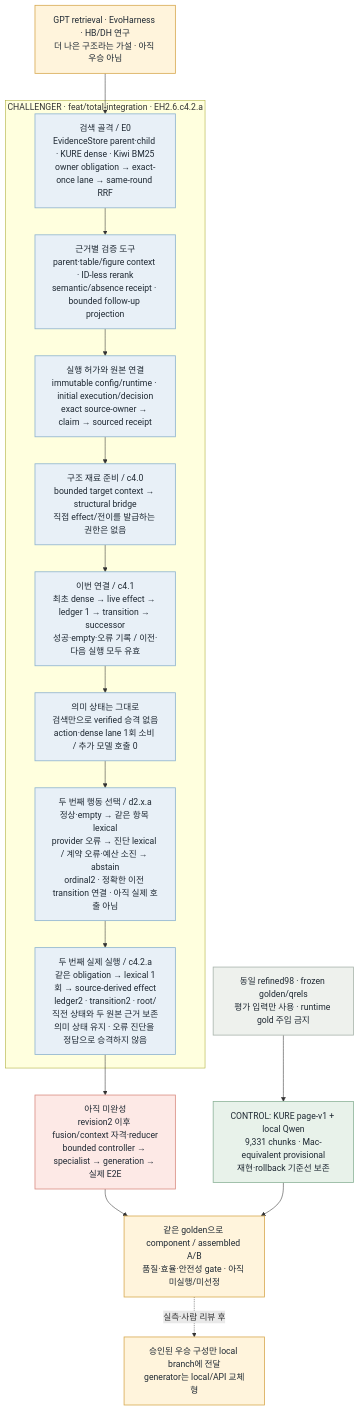
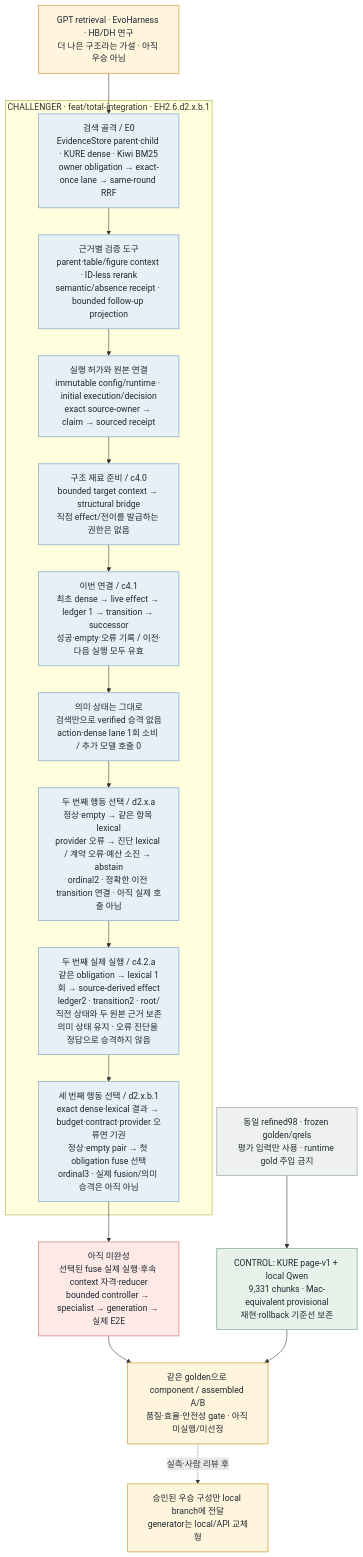
The diagram in fivecircles/architecture/specs/evidence-harness-progress-current-flow.mmd (KongSeok/sprint-public-procurement-rag-assistant), drawn with Mermaid before and after one commit. The commit also changed 30 other files, not shown here.

Commit message:
feat(controller): select fusion after exact lexical successor

```diff
--- a/fivecircles/architecture/specs/evidence-harness-progress-current-flow.mmd
+++ b/fivecircles/architecture/specs/evidence-harness-progress-current-flow.mmd
@@ -1,36 +1,37 @@
 flowchart TB
   INPUT["동일 refined98 · frozen golden/qrels<br/>평가 입력만 사용 · runtime gold 주입 금지"]
   B0["CONTROL: KURE page-v1 + local Qwen<br/>9,331 chunks · Mac-equivalent provisional<br/>재현·rollback 기준선 보존"]
   RESEARCH["GPT retrieval · EvoHarness · HB/DH 연구<br/>더 나은 구조라는 가설 · 아직 우승 아님"]
 
-  subgraph BUILD["CHALLENGER · feat/total-integration · EH2.6.c4.2.a"]
+  subgraph BUILD["CHALLENGER · feat/total-integration · EH2.6.d2.x.b.1"]
     SEARCH["검색 골격 / E0<br/>EvidenceStore parent·child · KURE dense · Kiwi BM25<br/>owner obligation → exact-once lane → same-round RRF"]
     RECEIPTS["근거별 검증 도구<br/>parent·table/figure context · ID-less rerank<br/>semantic/absence receipt · bounded follow-up projection"]
     PERMIT["실행 허가와 원본 연결<br/>immutable config/runtime · initial execution/decision<br/>exact source-owner → claim → sourced receipt"]
     BRIDGE["구조 재료 준비 / c4.0<br/>bounded target context → structural bridge<br/>직접 effect/전이를 발급하는 권한은 없음"]
     FIRST["이번 연결 / c4.1<br/>최초 dense → live effect → ledger 1 → transition → successor<br/>성공·empty·오류 기록 / 이전·다음 실행 모두 유효"]
     STATE["의미 상태는 그대로<br/>검색만으로 verified 승격 없음<br/>action·dense lane 1회 소비 / 추가 모델 호출 0"]
     NEXT["두 번째 행동 선택 / d2.x.a<br/>정상·empty → 같은 항목 lexical<br/>provider 오류 → 진단 lexical / 계약 오류·예산 소진 → abstain<br/>ordinal2 · 정확한 이전 transition 연결 · 아직 실제 호출 아님"]
     LEXICAL["두 번째 실제 실행 / c4.2.a<br/>같은 obligation → lexical 1회 → source-derived effect<br/>ledger2 · transition2 · root/직전 상태와 두 원본 근거 보존<br/>의미 상태 유지 · 오류 진단을 정답으로 승격하지 않음"]
-    SEARCH --> RECEIPTS --> PERMIT --> BRIDGE --> FIRST --> STATE --> NEXT --> LEXICAL
+    POST["세 번째 행동 선택 / d2.x.b.1<br/>exact dense·lexical 결과 → budget·contract·provider 오류면 기권<br/>정상·empty pair → 첫 obligation fuse 선택<br/>ordinal3 · 실제 fusion/의미 승격은 아직 아님"]
+    SEARCH --> RECEIPTS --> PERMIT --> BRIDGE --> FIRST --> STATE --> NEXT --> LEXICAL --> POST
   end
 
-  GAP["아직 미완성<br/>revision2 이후 fusion/context 자격·reducer<br/>bounded controller → specialist → generation → 실제 E2E"]
+  GAP["아직 미완성<br/>선택된 fuse 실제 실행·후속 context 자격·reducer<br/>bounded controller → specialist → generation → 실제 E2E"]
   SELECT["같은 golden으로 component / assembled A/B<br/>품질·효율·안전성 gate · 아직 미실행/미선정"]
   LOCAL["승인된 우승 구성만 local branch에 전달<br/>generator는 local/API 교체형"]
   INPUT --> B0
   RESEARCH --> SEARCH
-  LEXICAL --> GAP --> SELECT
+  POST --> GAP --> SELECT
   B0 --> SELECT
   SELECT -. "실측·사람 리뷰 후" .-> LOCAL
 
   classDef green fill:#e8f2ea,stroke:#8eb49a,color:#1f2933,stroke-width:1.5px
   classDef blue fill:#e8f0f7,stroke:#8fb4cf,color:#1f2933,stroke-width:1.5px
   classDef amber fill:#fff4dc,stroke:#d8aa53,color:#1f2933,stroke-width:1.5px
   classDef red fill:#fde9e6,stroke:#d98e84,color:#1f2933,stroke-width:1.5px
   classDef gray fill:#eef1ed,stroke:#aab5ad,color:#1f2933,stroke-width:1.5px
   class B0 green
-  class SEARCH,RECEIPTS,PERMIT,BRIDGE,FIRST,STATE,NEXT,LEXICAL blue
+  class SEARCH,RECEIPTS,PERMIT,BRIDGE,FIRST,STATE,NEXT,LEXICAL,POST blue
   class INPUT gray
   class RESEARCH,SELECT,LOCAL amber
   class GAP red
```
